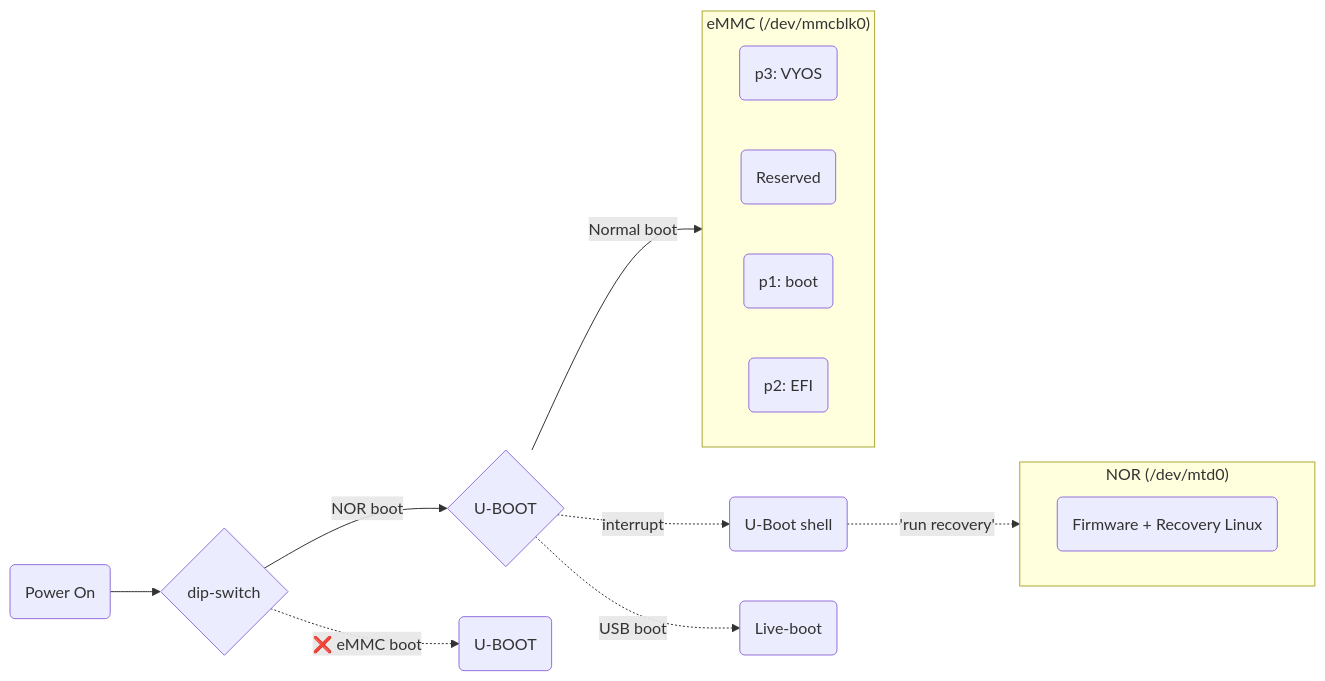
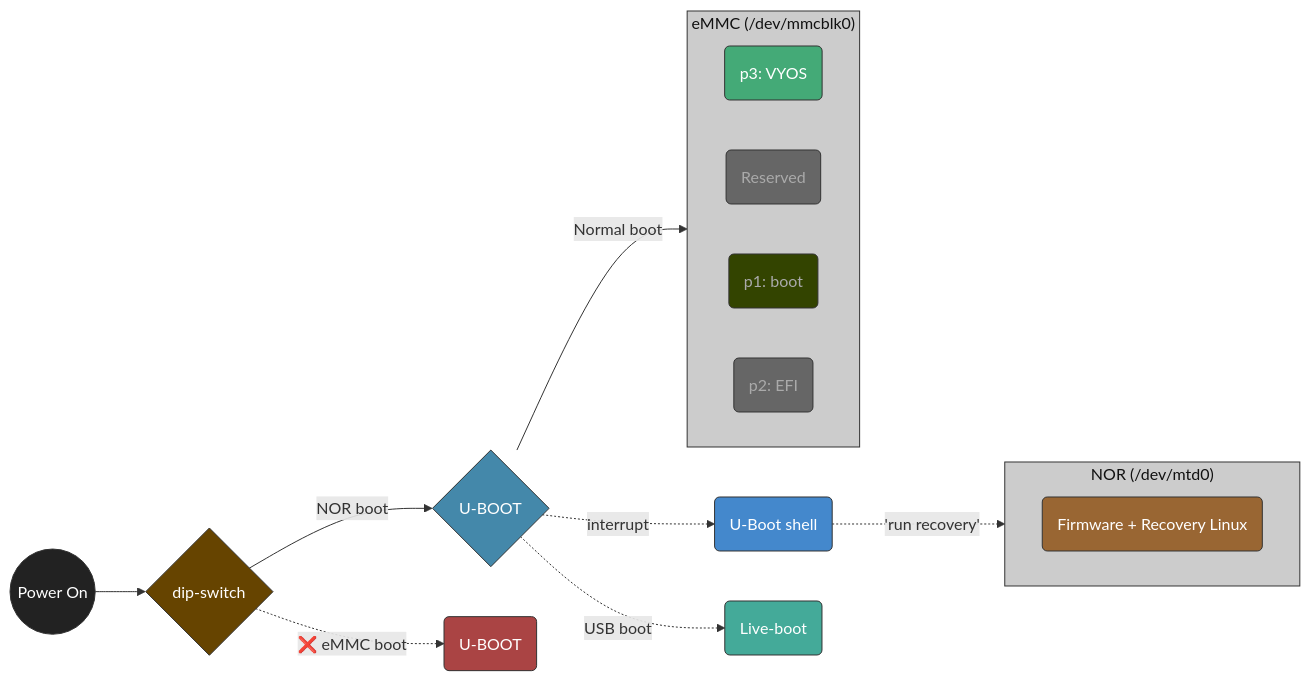
Before and after one commit to Daegara/vyos-ls1046a-build: the second of 5 diagrams in HARDWARE.md, drawn with Mermaid. The commit also changed other lines of this file, not shown here.

````diff
--- a/HARDWARE.md
+++ b/HARDWARE.md
@@ -78,22 +94,36 @@
 ```mermaid
 flowchart LR
-  A(Power On) --> B{dip-switch}
+  A((Power On)) --> B{dip-switch}
   B -->|NOR boot| C{U-BOOT}
   B -.->|"❌ eMMC boot"| D(U-BOOT)
   C -.->|interrupt| E(U-Boot shell)
   E -.->|'run recovery'| FWNOR
   C -.->|USB boot| K("Live-boot")
   C -->|Normal boot| P3(eMMC p3)
-    subgraph eMMC ["eMMC (/dev/mmcblk0)"]
+  subgraph EMMC ["eMMC (/dev/mmcblk0)"]
     direction LR
     P3("p3: VYOS")
     FW("Reserved")
     P1("p1: boot")
     P2("p2: EFI")
   end
   
   subgraph NOR ["NOR (/dev/mtd0)"]
     direction LR
     FWNOR("Firmware + Recovery Linux")
-    end
+  end
+  
+  style A fill:#222,stroke:#333,color:#fff
+  style B fill:#640,stroke:#333,color:#fff
+  style C fill:#48a,stroke:#333,color:#fff
+  style D fill:#a44,stroke:#333,color:#fff
+  style E fill:#48c,stroke:#333,color:#fff
+  style P1 fill:#340,stroke:#333,color:#aaa
+  style P2 fill:#666,stroke:#333,color:#aaa
+  style P3 fill:#4a7,stroke:#333,color:#fff
+  style K fill:#4a9,stroke:#333,color:#fff
+  style FWNOR fill:#963,stroke:#333,color:#fff
+  style EMMC fill:#ccc,stroke:#333,color:#111
+  style NOR fill:#ccc,stroke:#333,color:#111
+  style FW fill:#666,stroke:#333,color:#aaa
 ```
````
